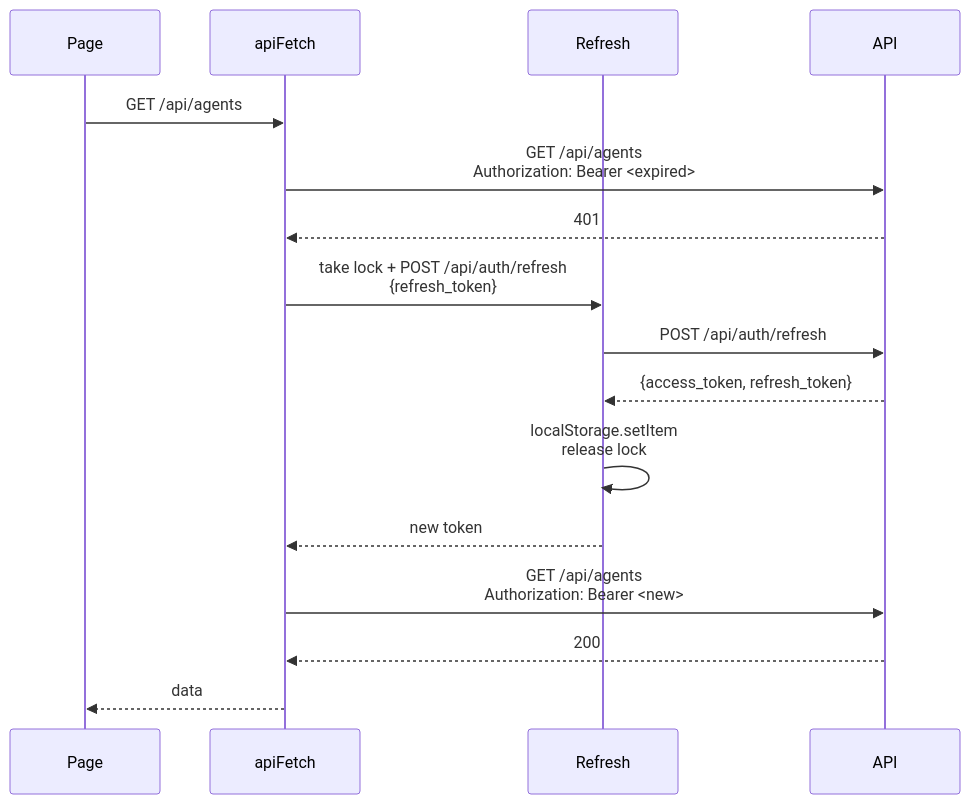
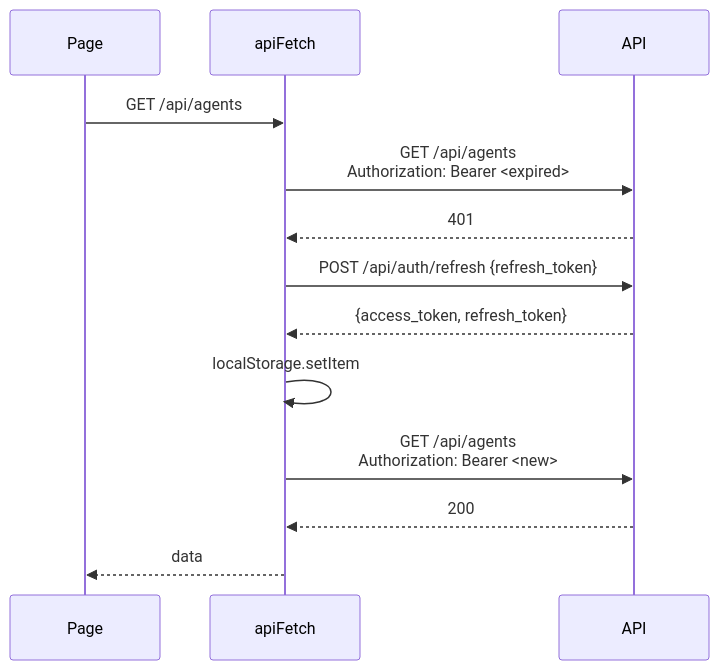
The diagram in docs/05-ui/02-api-client.md (sarkar4777/abenix), drawn with Mermaid before and after one commit. The commit also changed other lines of this file and 288 other files, not shown here.

````diff
--- a/docs/05-ui/02-api-client.md
+++ b/docs/05-ui/02-api-client.md
@@ -114,19 +188,16 @@
 ```mermaid
 sequenceDiagram
   participant Page
   participant apiFetch
-  participant Refresh
   participant API
 
   Page->>apiFetch: GET /api/agents
   apiFetch->>API: GET /api/agents<br/>Authorization: Bearer <expired>
   API-->>apiFetch: 401
-  apiFetch->>Refresh: take lock + POST /api/auth/refresh<br/>{refresh_token}
-  Refresh->>API: POST /api/auth/refresh
-  API-->>Refresh: {access_token, refresh_token}
-  Refresh->>Refresh: localStorage.setItem<br/>release lock
-  Refresh-->>apiFetch: new token
+  apiFetch->>API: POST /api/auth/refresh {refresh_token}
+  API-->>apiFetch: {access_token, refresh_token}
+  apiFetch->>apiFetch: localStorage.setItem
   apiFetch->>API: GET /api/agents<br/>Authorization: Bearer <new>
   API-->>apiFetch: 200
   apiFetch-->>Page: data
 ```
````
